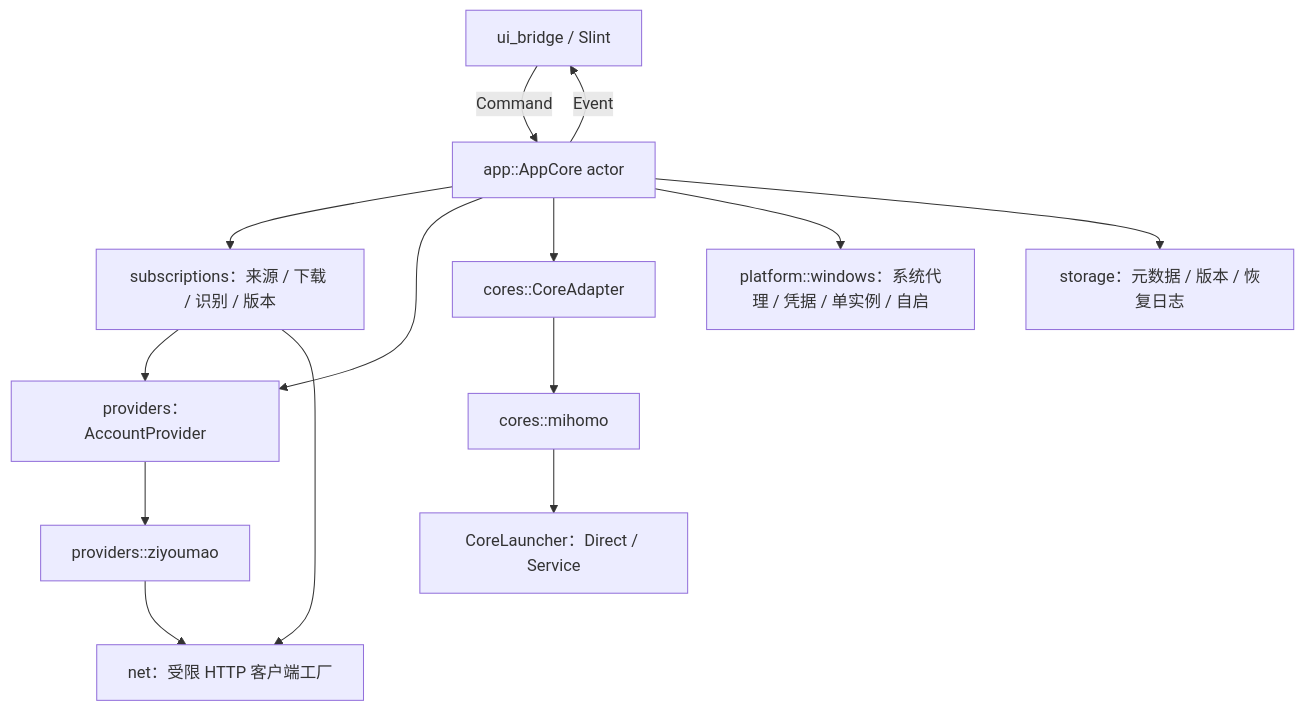
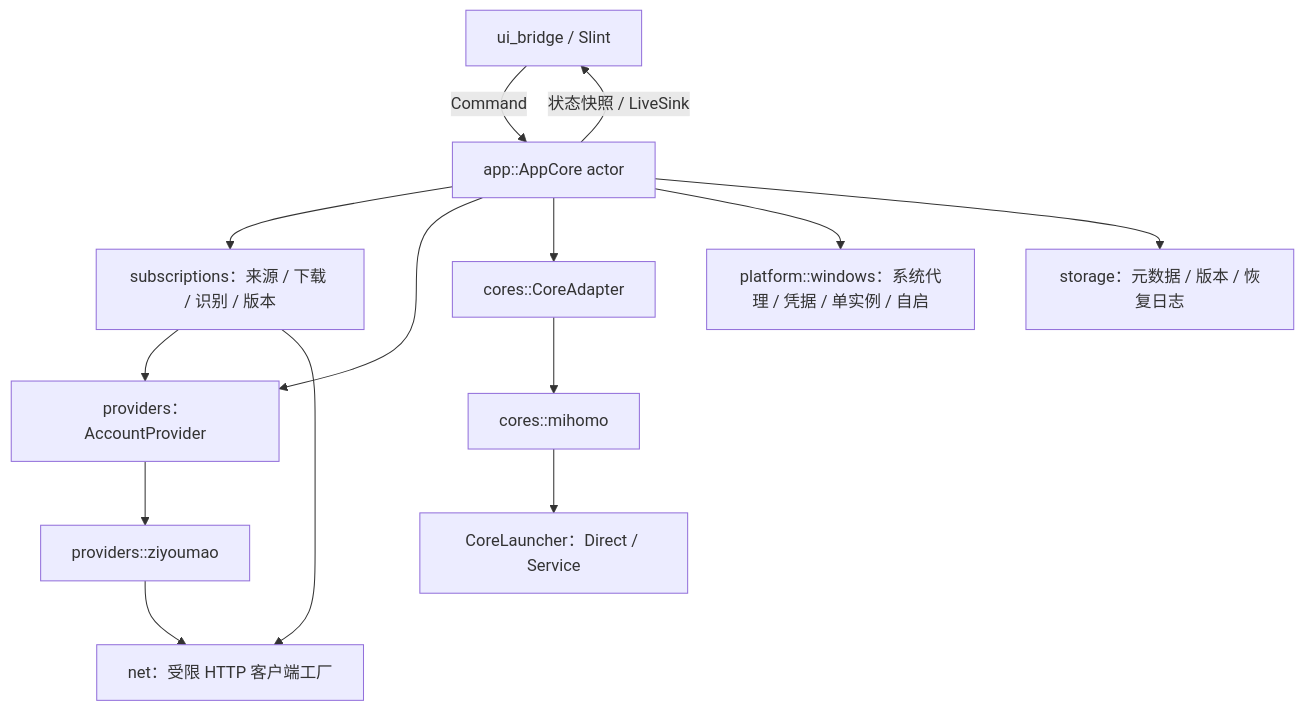
One commit to x-Zer0/Mirage changed the first of 4 diagrams in docs/DESIGN.md. Above: the diagram before and after it, drawn with Mermaid. The commit also changed other lines of this file and 197 other files, not shown here.

````diff
--- a/docs/DESIGN.md
+++ b/docs/DESIGN.md
@@ -90,16 +90,16 @@
 ```mermaid
 flowchart TB
     UI["ui_bridge / Slint"] -->|"Command"| CORE["app::AppCore actor"]
-    CORE -->|"Event"| UI
+    CORE -->|"状态快照 / LiveSink"| UI
     CORE --> PROF["subscriptions：来源 / 下载 / 识别 / 版本"]
     CORE --> PROV["providers：AccountProvider"]
     PROV --> ZYM["providers::ziyoumao"]
     PROF --> PROV
     CORE --> ENG["cores::CoreAdapter"]
     ENG --> MI["cores::mihomo"]
     MI --> LAUNCH["CoreLauncher：Direct / Service"]
     CORE --> SYS["platform::windows：系统代理 / 凭据 / 单实例 / 自启"]
     CORE --> STORE["storage：元数据 / 版本 / 恢复日志"]
     PROF --> NET["net：受限 HTTP 客户端工厂"]
     ZYM --> NET
 ```
````
